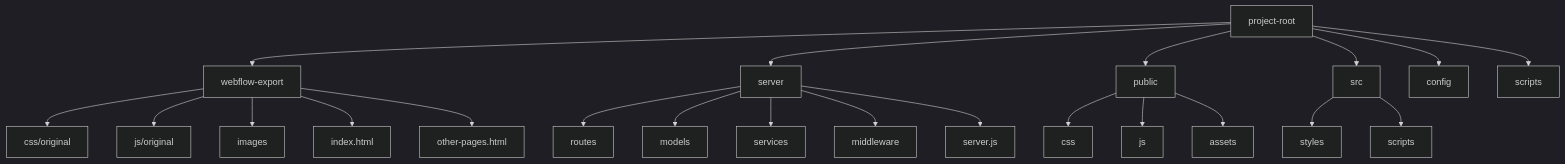
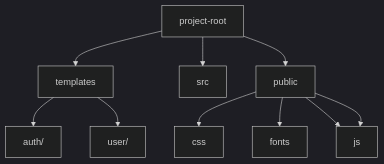
One commit to markbuckle/health-tracker changed the diagram in README.md. Above: the diagram before and after it, drawn with Mermaid (dark theme).

````diff
--- a/README.md
+++ b/README.md
@@ -58,25 +58,13 @@
 ```mermaid
 graph TD;
-    A[project-root] --> B[webflow-export]
-    A --> C[server]
+    A[project-root] --> B[templates]
+    A --> C[src]
     A --> D[public]
-    A --> E[src]
-    A --> F[config]
-    A --> G[scripts]
 
-    B --> B1[css/original]
-    B --> B2[js/original]
-    B --> B3[images]
-    B --> B4[index.html]
-    B --> B5[other-pages.html]
+    B --> B1[auth/]
+    B --> B2[user/]
     D --> D1[css]
-    D --> D2[js]
-    D --> D3[assets]
-    E --> E1[styles]
-    E --> E2[scripts]
-    C --> C1[routes]
-    C --> C2[models]
-    C --> C3[services]
-    C --> C4[middleware]
-    C --> C5[server.js]
+    D --> D2[fonts]
+    D --> D3[images]
+    D --> D3[js]
 ```
````
